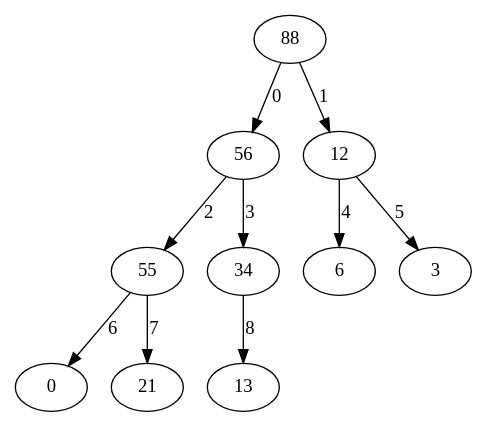
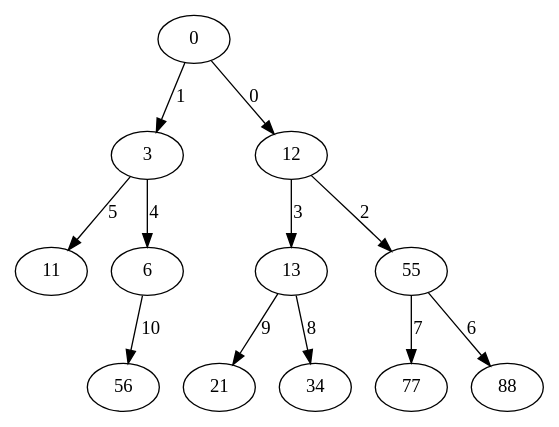
The diagram in GraphesLabWork4/output.gv (lebionick/GraphEdit), drawn with Graphviz before and after one commit. The commit also changed 38 other files, not shown here.

Commit message:
Better graph logics added + modified heap

```diff
--- a/GraphesLabWork4/output.gv
+++ b/GraphesLabWork4/output.gv
@@ -1,11 +1,13 @@
 digraph{
-88 -> 56[label="0"];
-88 -> 12[label="1"];
-56 -> 55[label="2"];
-56 -> 34[label="3"];
-12 -> 6[label="4"];
-12 -> 3[label="5"];
-55 -> 0[label="6"];
-55 -> 21[label="7"];
-34 -> 13[label="8"];
+0 -> 3[label="1"];
+0 -> 12[label="0"];
+3 -> 11[label="5"];
+3 -> 6[label="4"];
+6 -> 56[label="10"];
+12 -> 13[label="3"];
+12 -> 55[label="2"];
+13 -> 21[label="9"];
+13 -> 34[label="8"];
+55 -> 77[label="7"];
+55 -> 88[label="6"];
 }
```
